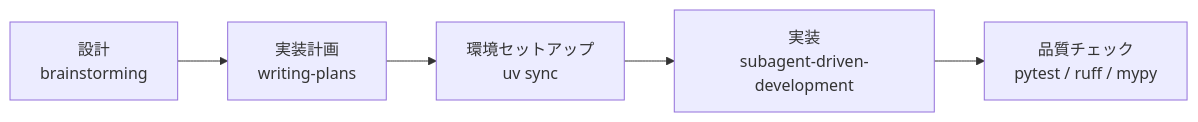
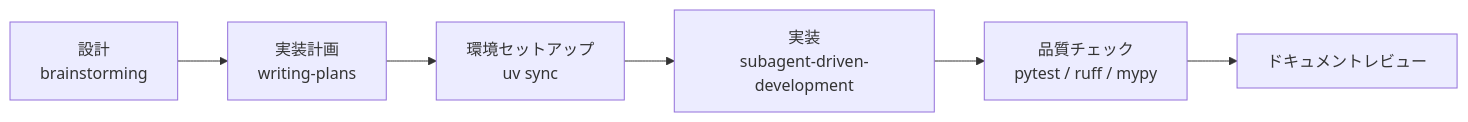
Before and after one commit to ryu1/rss-feed-translator: the second of 3 diagrams in CLAUDE.md, drawn with Mermaid. The commit also changed other lines of this file, not shown here.

````diff
--- a/CLAUDE.md
+++ b/CLAUDE.md
@@ -95,7 +90,8 @@
 ```mermaid
 flowchart LR
     A[設計\nbrainstorming] --> B[実装計画\nwriting-plans]
     B --> C[環境セットアップ\nuv sync]
     C --> D[実装\nsubagent-driven-development]
     D --> E[品質チェック\npytest / ruff / mypy]
+    E --> F[ドキュメントレビュー]
 ```
````
